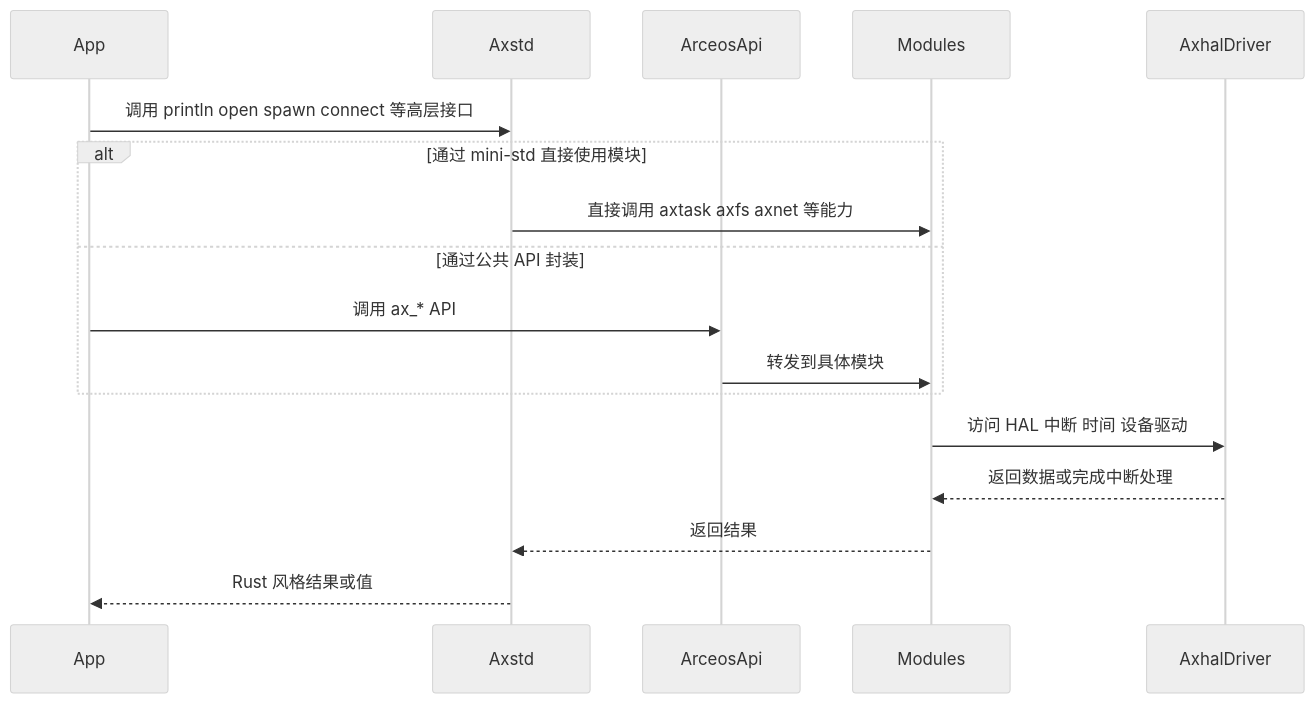
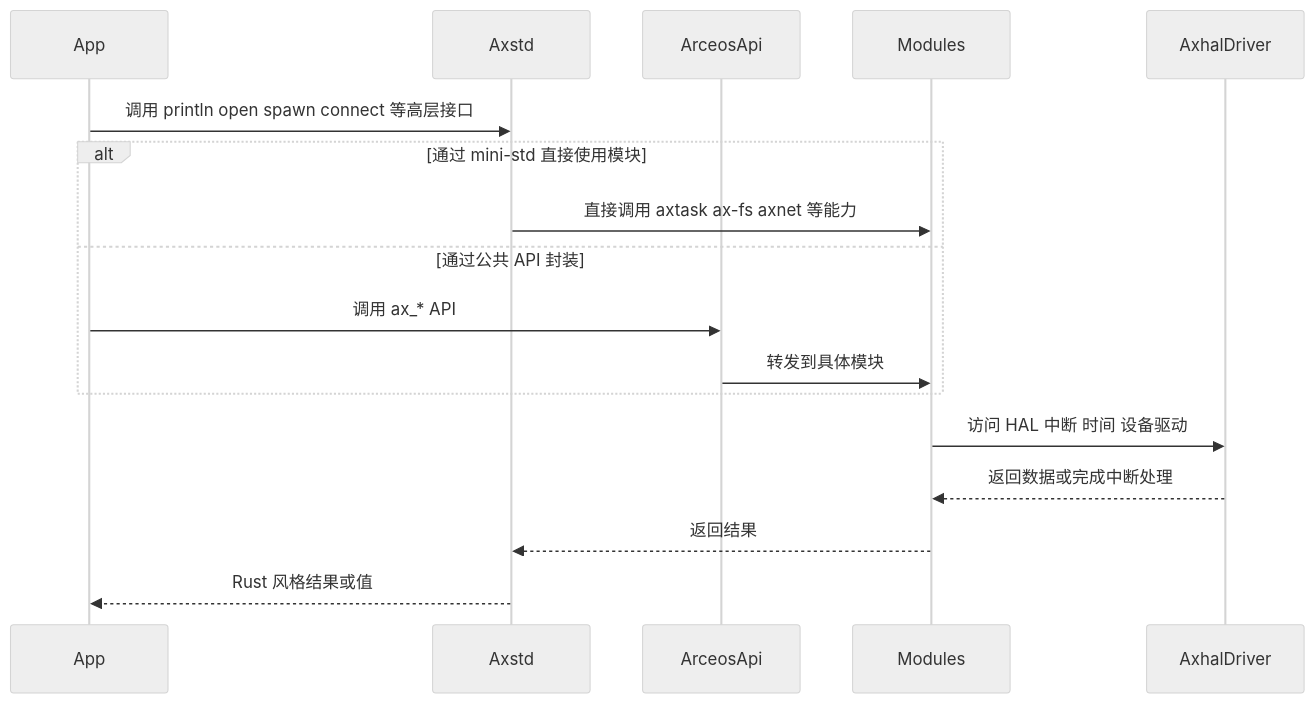
Before and after one commit to zKurisu/tgoskits: the third of 5 diagrams in docs/arceos-internals.md, drawn with Mermaid (neutral theme). The commit also changed other lines of this file and 67 other files, not shown here.

````diff
--- a/docs/arceos-internals.md
+++ b/docs/arceos-internals.md
@@ -219,20 +219,20 @@
 ```mermaid
 sequenceDiagram
     participant App
     participant Axstd
     participant ArceosApi
     participant Modules
     participant AxhalDriver
 
     App->>Axstd: 调用 println open spawn connect 等高层接口
     alt 通过 mini-std 直接使用模块
-        Axstd->>Modules: 直接调用 axtask axfs axnet 等能力
+        Axstd->>Modules: 直接调用 axtask ax-fs axnet 等能力
     else 通过公共 API 封装
         App->>ArceosApi: 调用 ax_* API
         ArceosApi->>Modules: 转发到具体模块
     end
     Modules->>AxhalDriver: 访问 HAL 中断 时间 设备驱动
     AxhalDriver-->>Modules: 返回数据或完成中断处理
     Modules-->>Axstd: 返回结果
     Axstd-->>App: Rust 风格结果或值
 ```
````
